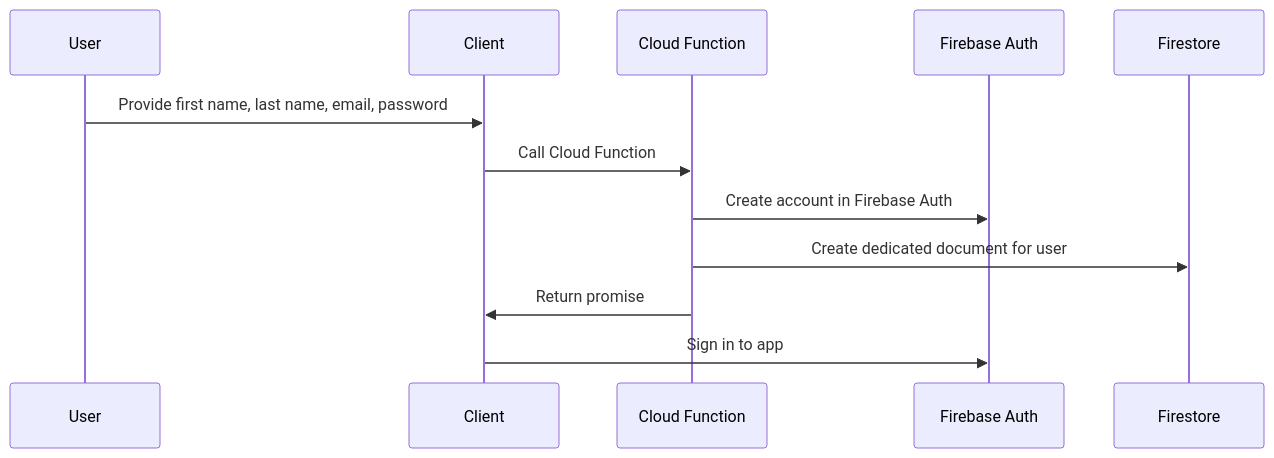
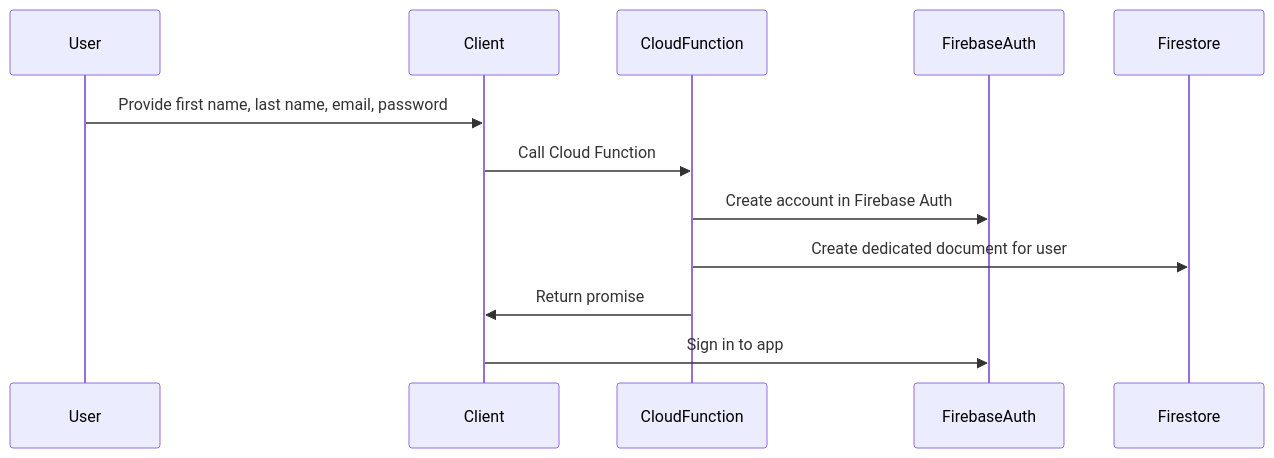
One commit to Rodez97/Cuttinboard-Library changed the diagram in htw/Registration.MD. Above: the diagram before and after it, drawn with Mermaid. The commit also changed 302 other files, not shown here.

````diff
--- a/htw/Registration.MD
+++ b/htw/Registration.MD
@@ -19,15 +19,9 @@
 ```mermaid
 sequenceDiagram
-    participant User as User
-    participant Client as Client
-    participant CloudFunction as Cloud Function
-    participant FirebaseAuth as Firebase Auth
-    participant Firestore as Firestore
-
     User ->> Client: Provide first name, last name, email, password
     Client ->> CloudFunction: Call Cloud Function
     CloudFunction ->> FirebaseAuth: Create account in Firebase Auth
     CloudFunction ->> Firestore: Create dedicated document for user
     CloudFunction ->> Client: Return promise
     Client ->> FirebaseAuth: Sign in to app
 ```
````
